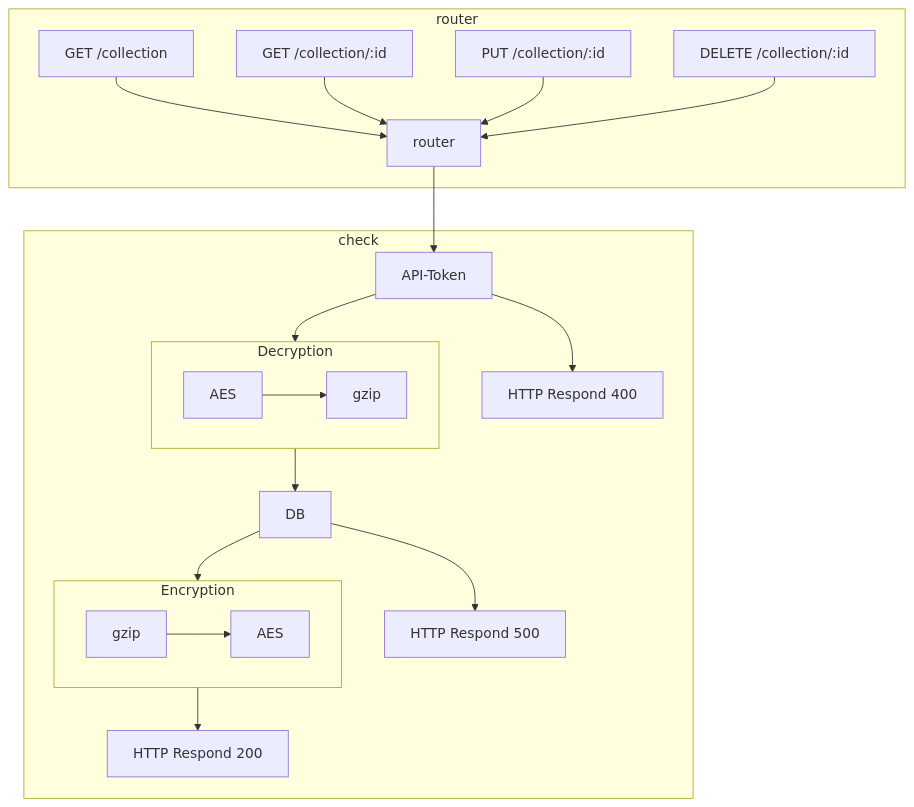
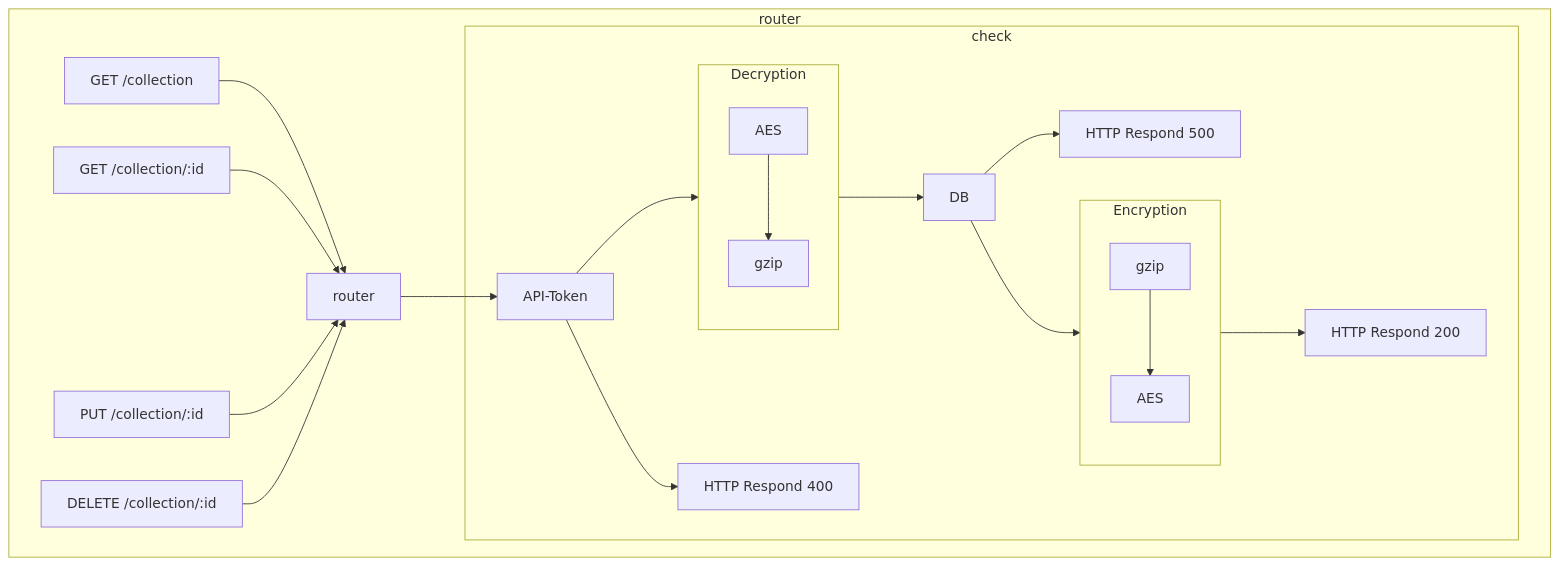
Before and after one commit to fluffy-melli/MoliDB: the second of 3 diagrams in README.en.md, drawn with Mermaid. The commit also changed other lines of this file and 2 other files, not shown here.

````diff
--- a/README.en.md
+++ b/README.en.md
@@ -74,21 +107,22 @@
 ```mermaid
 graph TD
     subgraph crypto[Encryption]
         GZIP[gzip] --> AES[AES]
     end
     subgraph ccrypto[Decryption]
         CAES[AES] --> CGZIP[gzip]
     end
     subgraph router
-        GET_collection[GET /collection] --> input
+        GET_collection[GET /collection] --> input[router]
         GET_collection_id[GET /collection/:id] --> input
         PUT_collection_id[PUT /collection/:id] --> input
         DELETE_collection_id[DELETE /collection/:id] --> input
-    end
-    subgraph check
-        input[router] --> error[API-Token]
-        error --> Respond0[HTTP Respond 400]
-        error --> ccrypto  --> DB --> crypto --> Respond1[HTTP Respond 200]
-        DB --> Respond2[HTTP Respond 500]
+        input --> error
+        subgraph check
+            error[API-Token]
+            error --> Respond0[HTTP Respond 400]
+            error --> ccrypto  --> DB --> crypto --> Respond1[HTTP Respond 200]
+            DB --> Respond2[HTTP Respond 500]
+        end
     end
 ```
````
